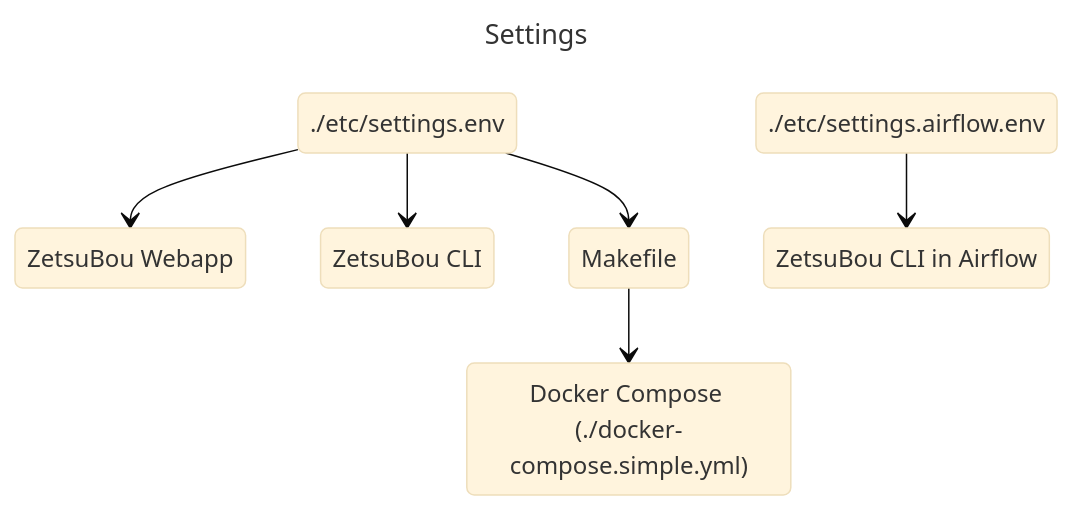
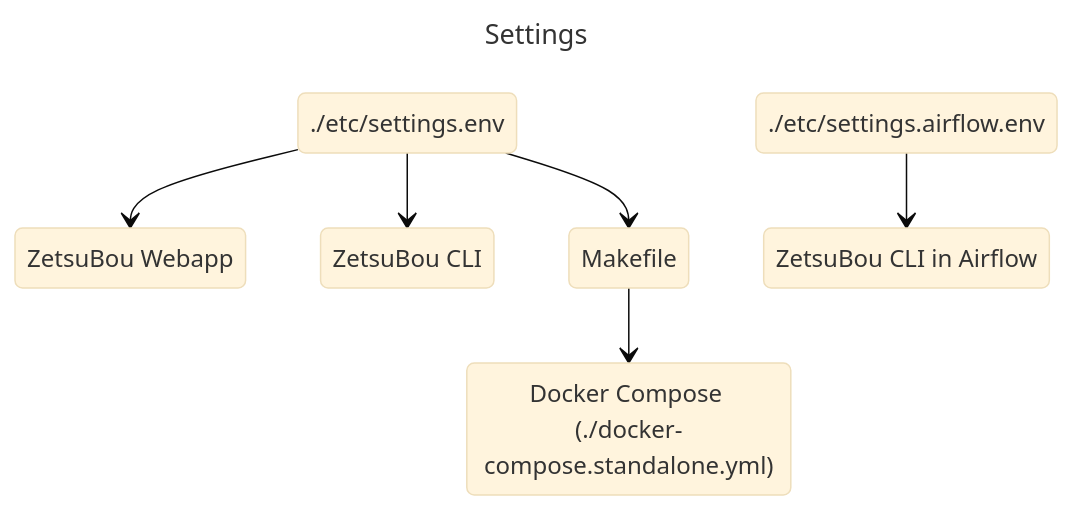
One commit to ZetsuBouKyo/ZetsuBou changed the diagram in docs/developer-notes/settings.md. Above: the diagram before and after it, drawn with Mermaid (base theme). The commit also changed 12 other files, not shown here.

````diff
--- a/docs/developer-notes/settings.md
+++ b/docs/developer-notes/settings.md
@@ -5,22 +5,22 @@
 ```mermaid
 ---
 title: Settings
 ---
 stateDiagram-v2
 
 zetsubou_webapp: ZetsuBou Webapp
 zetsubou_cli: ZetsuBou CLI
 zetsubou_airflow_cli: ZetsuBou CLI in Airflow
 makefile: Makefile
-docker_compose: Docker Compose (./docker-compose.simple.yml)
+docker_compose: Docker Compose (./docker-compose.standalone.yml)
 
 zetsubou_file: ./etc/settings.env
 airflow_file: ./etc/settings.airflow.env
 
 zetsubou_file --> zetsubou_webapp
 zetsubou_file --> zetsubou_cli
 zetsubou_file --> makefile
 makefile --> docker_compose
 
 airflow_file --> zetsubou_airflow_cli
 ```
````
